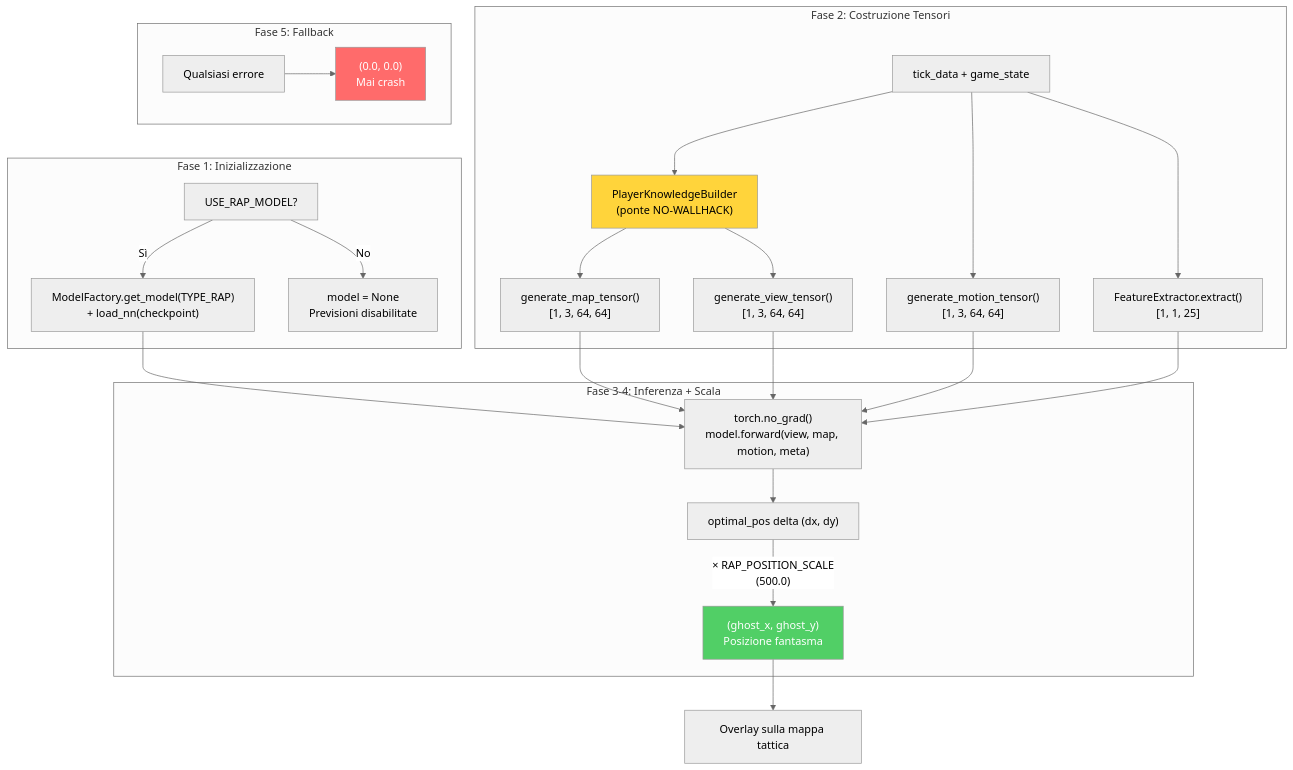
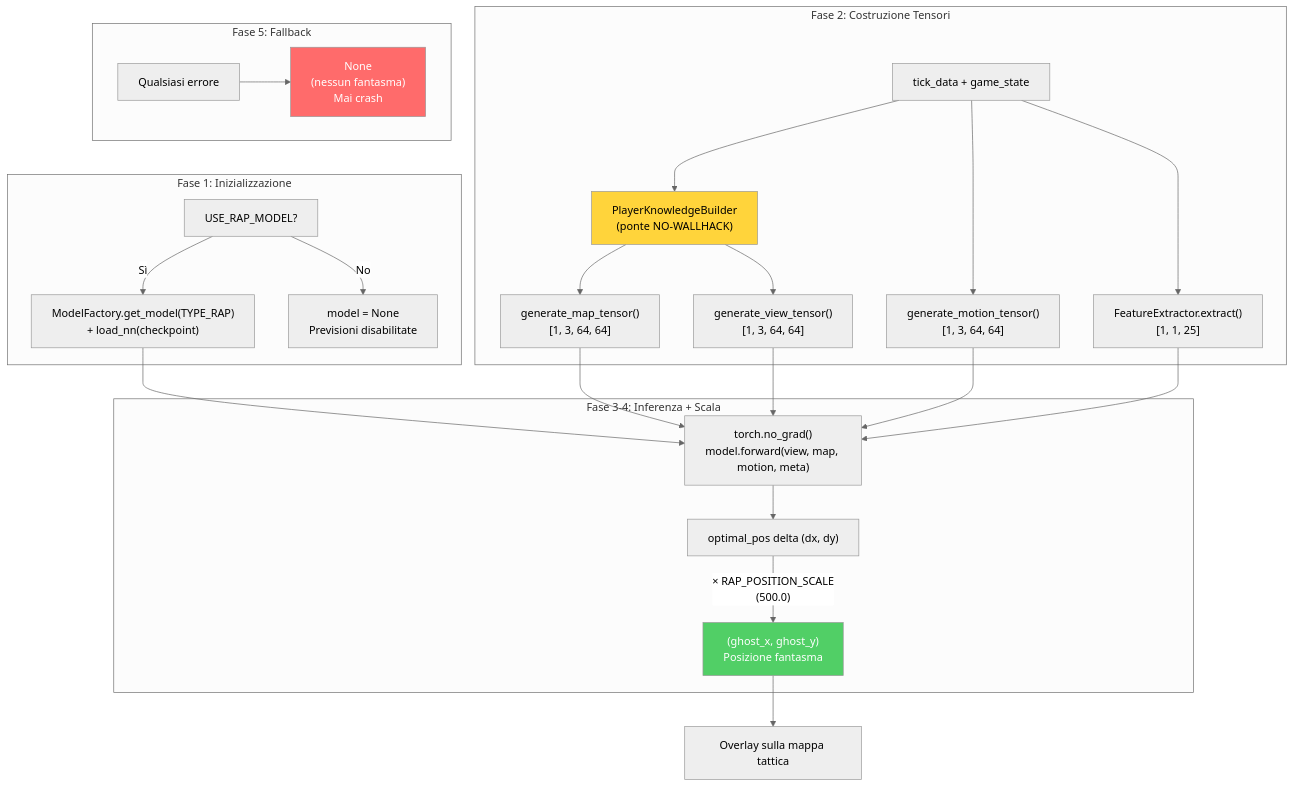
Before and after one commit to renanaugustomacena-ux/Counter-Strike-coach-AI: diagram 11 of 16 in docs/books/Book-Coach-1B.md, drawn with Mermaid (neutral theme). The commit also changed other lines of this file and 4 other files, not shown here.

````diff
--- a/docs/books/Book-Coach-1B.md
+++ b/docs/books/Book-Coach-1B.md
@@ -533,32 +532,32 @@
 ```mermaid
 flowchart TB
     subgraph INIT["Fase 1: Inizializzazione"]
         CFG["USE_RAP_MODEL?"] -->|Sì| LOAD["ModelFactory.get_model(TYPE_RAP)<br/>+ load_nn(checkpoint)"]
         CFG -->|No| SKIP["model = None<br/>Previsioni disabilitate"]
     end
     subgraph BUILD["Fase 2: Costruzione Tensori"]
         TD["tick_data + game_state"]
         TD --> PK["PlayerKnowledgeBuilder<br/>(ponte NO-WALLHACK)"]
         PK --> MAP_T["generate_map_tensor()<br/>[1, 3, 64, 64]"]
         PK --> VIEW_T["generate_view_tensor()<br/>[1, 3, 64, 64]"]
         TD --> MOT_T["generate_motion_tensor()<br/>[1, 3, 64, 64]"]
         TD --> META_T["FeatureExtractor.extract()<br/>[1, 1, 25]"]
     end
     subgraph INFER["Fase 3-4: Inferenza + Scala"]
         LOAD --> FWD["torch.no_grad()<br/>model.forward(view, map, motion, meta)"]
         MAP_T --> FWD
         VIEW_T --> FWD
         MOT_T --> FWD
         META_T --> FWD
         FWD --> DELTA["optimal_pos delta (dx, dy)"]
         DELTA -->|"× RAP_POSITION_SCALE<br/>(500.0)"| GHOST["(ghost_x, ghost_y)<br/>Posizione fantasma"]
     end
     subgraph FALLBACK["Fase 5: Fallback"]
-        ERR["Qualsiasi errore"] --> SAFE["(0.0, 0.0)<br/>Mai crash"]
+        ERR["Qualsiasi errore"] --> SAFE["None<br/>(nessun fantasma)<br/>Mai crash"]
     end
     GHOST --> RENDER["Overlay sulla mappa tattica"]
 
     style SAFE fill:#ff6b6b,color:#fff
     style GHOST fill:#51cf66,color:#fff
     style PK fill:#ffd43b,color:#000
 ```
````
